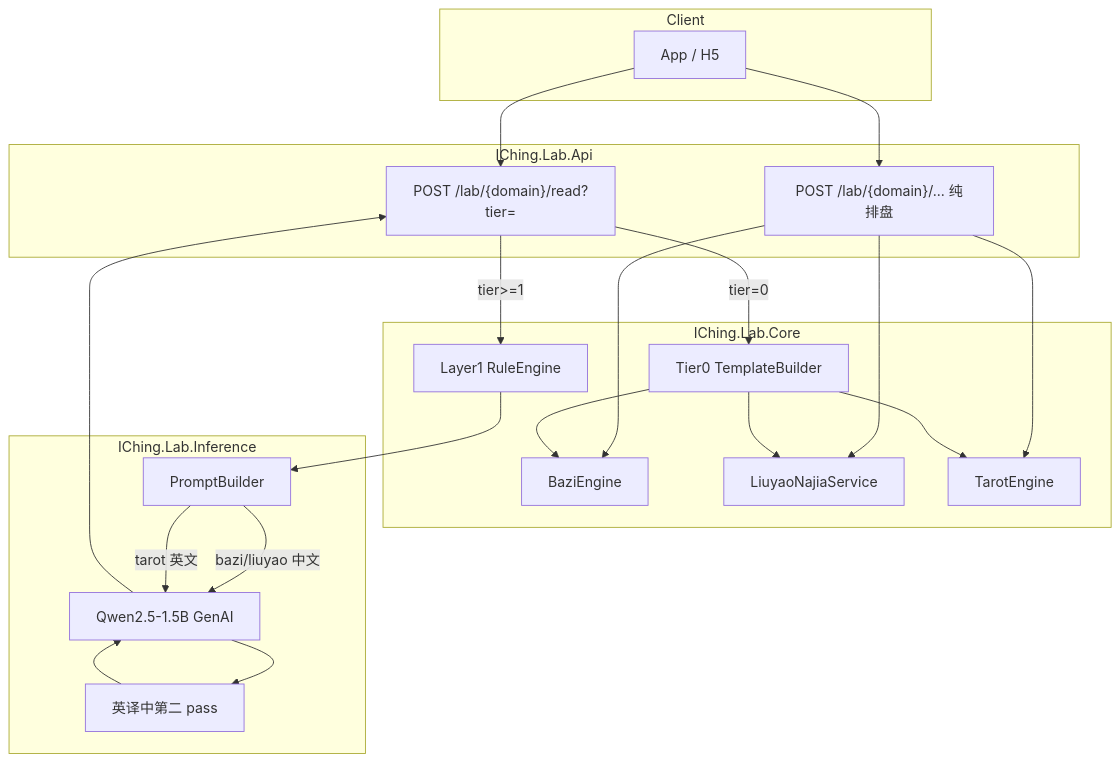
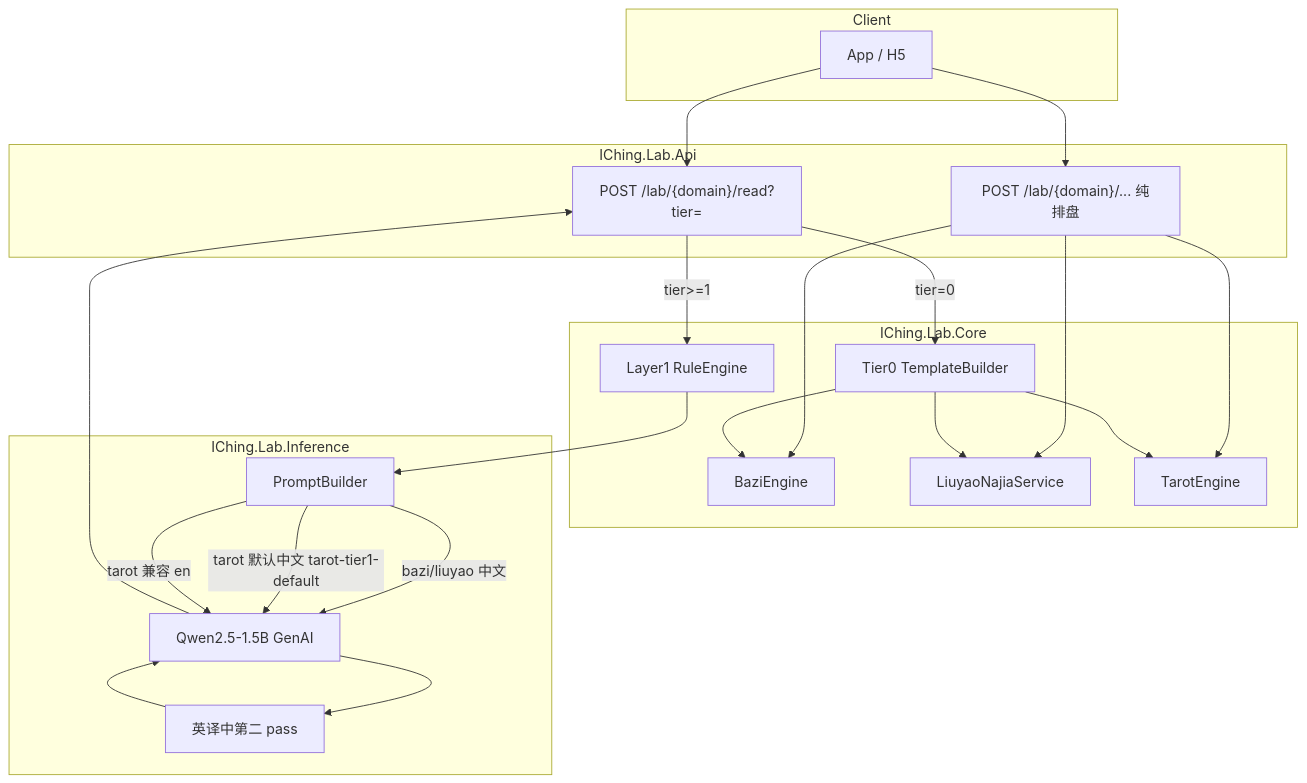
Before and after one commit to kongliuli/IChing: the first of 2 diagrams in docs/active/inference-layer-design.md, drawn with Mermaid. The commit also changed other lines of this file and 2 other files, not shown here.

First line of the commit message:
docs(readings): document unified tarot template asset

````diff
--- a/docs/active/inference-layer-design.md
+++ b/docs/active/inference-layer-design.md
@@ -119,36 +120,37 @@
 ```mermaid
 flowchart TB
     subgraph Client
         UI[App / H5]
     end
 
     subgraph API["IChing.Lab.Api"]
         Read["POST /lab/{domain}/read?tier="]
         Pure["POST /lab/{domain}/... 纯排盘"]
     end
 
     subgraph Core["IChing.Lab.Core"]
         Bazi[BaziEngine]
         Liu[LiuyaoNajiaService]
         Tar[TarotEngine]
         L1[Layer1 RuleEngine]
         T0[Tier0 TemplateBuilder]
     end
 
     subgraph Inf["IChing.Lab.Inference"]
         PB[PromptBuilder]
         ONNX[Qwen2.5-1.5B GenAI]
         EN2ZH[英译中第二 pass]
     end
 
     UI --> Read
     UI --> Pure
     Read -->|tier=0| T0
     Read -->|tier>=1| L1
     Pure --> Bazi & Liu & Tar
     T0 --> Bazi & Liu & Tar
     L1 --> PB
     PB -->|bazi/liuyao 中文| ONNX
-    PB -->|tarot 英文| ONNX --> EN2ZH --> ONNX
+    PB -->|tarot 默认中文 tarot-tier1-default| ONNX
+    PB -->|tarot 兼容 en| ONNX --> EN2ZH --> ONNX
     ONNX --> Read
 ```
````
